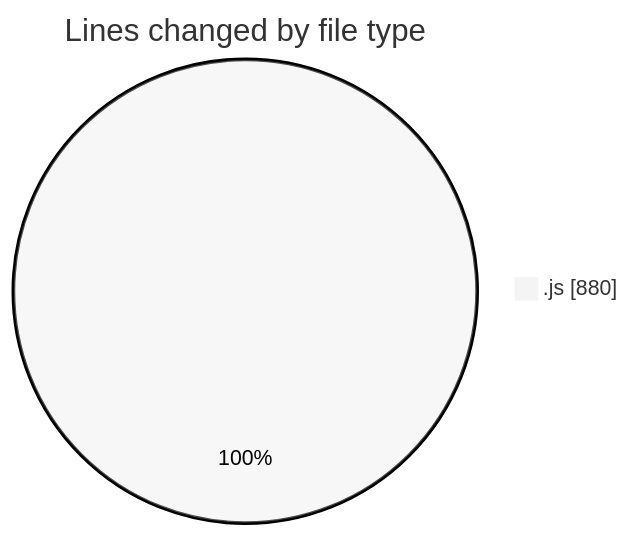
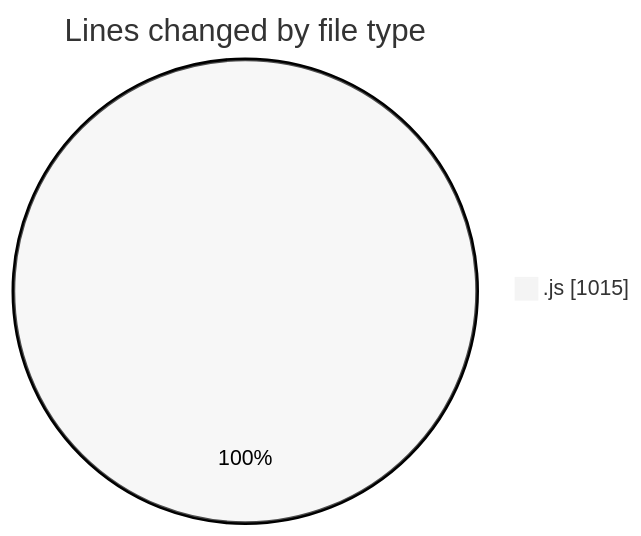
One commit to nxtqubesakshisongat/code-tracking changed the first of 2 diagrams in 2025-05-30/nxtqube_webapp/README.md. Above: the diagram before and after it, drawn with Mermaid (neutral theme). The commit also changed other lines of this file and 1 other file, not shown here.

````diff
--- a/2025-05-30/nxtqube_webapp/README.md
+++ b/2025-05-30/nxtqube_webapp/README.md
@@ -24,5 +24,5 @@
 ```mermaid
 pie showData
 title Lines changed by file type
-".js" : 880
+".js" : 1015
 ```
````
